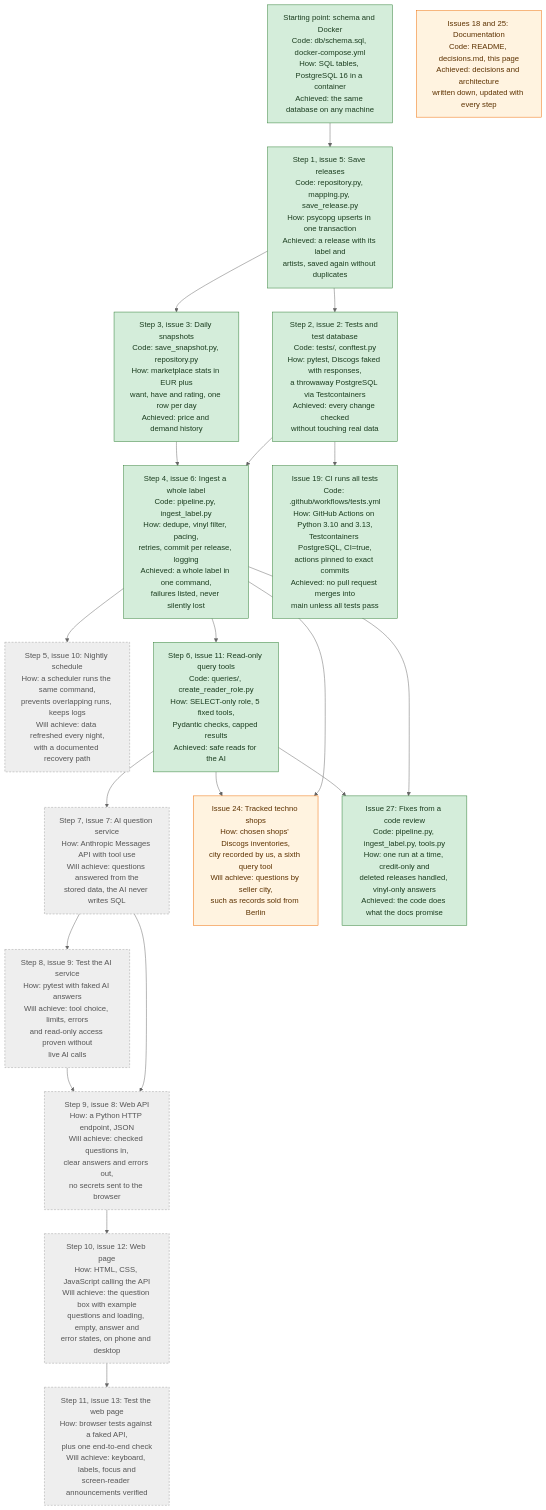
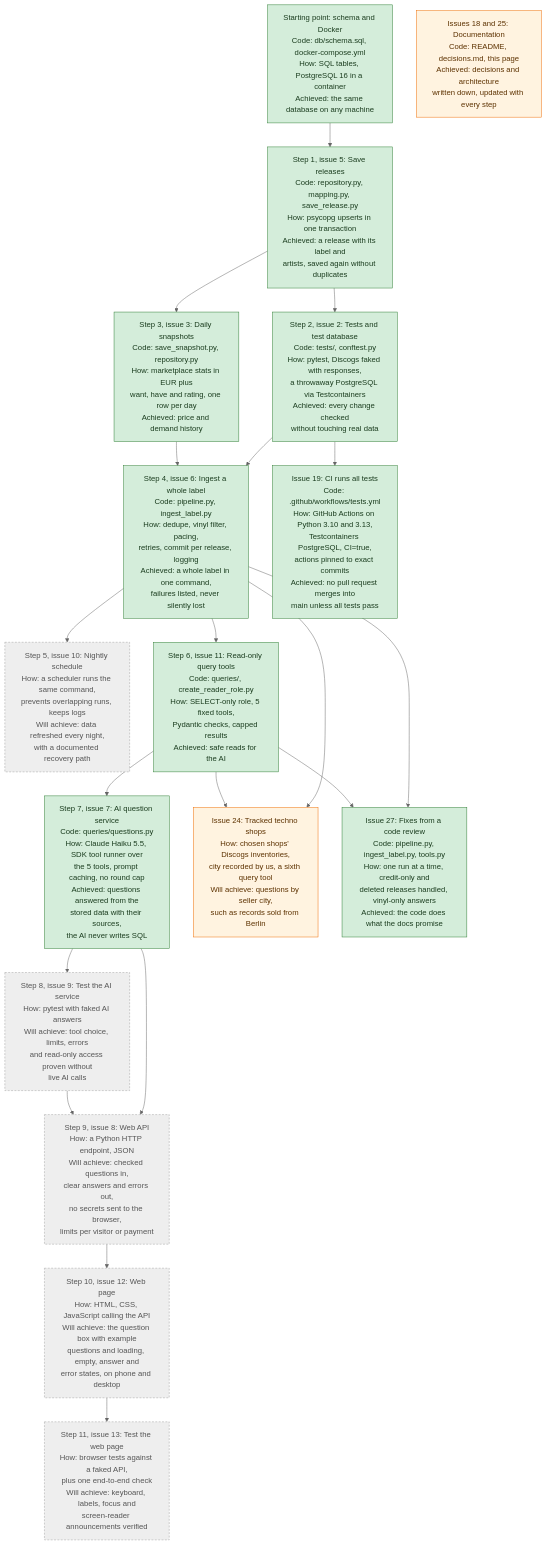
One commit to AntonisKol/music-catalogue-market-trends-wip changed the second of 4 diagrams in docs/architecture.md. Above: the diagram before and after it, drawn with Mermaid (neutral theme). The commit also changed other lines of this file and 2 other files, not shown here.

Commit message:
Document the question service in the README, decisions and architecture map

````diff
--- a/docs/architecture.md
+++ b/docs/architecture.md
@@ -91,45 +91,45 @@
 ```mermaid
 flowchart TD
     S0["Starting point: schema and Docker<br/>Code: db/schema.sql, docker-compose.yml<br/>How: SQL tables, PostgreSQL 16 in a container<br/>Achieved: the same database on any machine"]
     S1["Step 1, issue 5: Save releases<br/>Code: repository.py, mapping.py, save_release.py<br/>How: psycopg upserts in one transaction<br/>Achieved: a release with its label and<br/>artists, saved again without duplicates"]
     S2["Step 2, issue 2: Tests and test database<br/>Code: tests/, conftest.py<br/>How: pytest, Discogs faked with responses,<br/>a throwaway PostgreSQL via Testcontainers<br/>Achieved: every change checked<br/>without touching real data"]
     S3["Step 3, issue 3: Daily snapshots<br/>Code: save_snapshot.py, repository.py<br/>How: marketplace stats in EUR plus<br/>want, have and rating, one row per day<br/>Achieved: price and demand history"]
     S4["Step 4, issue 6: Ingest a whole label<br/>Code: pipeline.py, ingest_label.py<br/>How: dedupe, vinyl filter, pacing,<br/>retries, commit per release, logging<br/>Achieved: a whole label in one command,<br/>failures listed, never silently lost"]
     S5["Step 5, issue 10: Nightly schedule<br/>How: a scheduler runs the same command,<br/>prevents overlapping runs, keeps logs<br/>Will achieve: data refreshed every night,<br/>with a documented recovery path"]
     S6["Step 6, issue 11: Read-only query tools<br/>Code: queries/, create_reader_role.py<br/>How: SELECT-only role, 5 fixed tools,<br/>Pydantic checks, capped results<br/>Achieved: safe reads for the AI"]
-    S7["Step 7, issue 7: AI question service<br/>How: Anthropic Messages API with tool use<br/>Will achieve: questions answered from the<br/>stored data, the AI never writes SQL"]
+    S7["Step 7, issue 7: AI question service<br/>Code: queries/questions.py<br/>How: Claude Haiku 5.5, SDK tool runner over<br/>the 5 tools, prompt caching, no round cap<br/>Achieved: questions answered from the<br/>stored data with their sources,<br/>the AI never writes SQL"]
     S8["Step 8, issue 9: Test the AI service<br/>How: pytest with faked AI answers<br/>Will achieve: tool choice, limits, errors<br/>and read-only access proven without<br/>live AI calls"]
-    S9["Step 9, issue 8: Web API<br/>How: a Python HTTP endpoint, JSON<br/>Will achieve: checked questions in,<br/>clear answers and errors out,<br/>no secrets sent to the browser"]
+    S9["Step 9, issue 8: Web API<br/>How: a Python HTTP endpoint, JSON<br/>Will achieve: checked questions in,<br/>clear answers and errors out,<br/>no secrets sent to the browser,<br/>limits per visitor or payment"]
     S10["Step 10, issue 12: Web page<br/>How: HTML, CSS, JavaScript calling the API<br/>Will achieve: the question box with example<br/>questions and loading, empty, answer and<br/>error states, on phone and desktop"]
     S11["Step 11, issue 13: Test the web page<br/>How: browser tests against a faked API,<br/>plus one end-to-end check<br/>Will achieve: keyboard, labels, focus and<br/>screen-reader announcements verified"]
     F19["Issue 19: CI runs all tests<br/>Code: .github/workflows/tests.yml<br/>How: GitHub Actions on Python 3.10 and 3.13,<br/>Testcontainers PostgreSQL, CI=true,<br/>actions pinned to exact commits<br/>Achieved: no pull request merges into<br/>main unless all tests pass"]
     F24["Issue 24: Tracked techno shops<br/>How: chosen shops' Discogs inventories,<br/>city recorded by us, a sixth query tool<br/>Will achieve: questions by seller city,<br/>such as records sold from Berlin"]
     F27["Issue 27: Fixes from a code review<br/>Code: pipeline.py, ingest_label.py, tools.py<br/>How: one run at a time, credit-only and<br/>deleted releases handled, vinyl-only answers<br/>Achieved: the code does what the docs promise"]
     F18["Issues 18 and 25: Documentation<br/>Code: README, decisions.md, this page<br/>Achieved: decisions and architecture<br/>written down, updated with every step"]
 
     S0 --> S1
     S1 --> S2
     S1 --> S3
     S2 --> S4
     S3 --> S4
     S4 --> S5
     S4 --> S6
     S6 --> S7
     S7 --> S8
     S7 --> S9
     S8 --> S9
     S9 --> S10
     S10 --> S11
     S2 --> F19
     S4 --> F24
     S6 --> F24
     S4 --> F27
     S6 --> F27
 
     classDef built fill:#d4edda,stroke:#2e7d32,color:#1b3d1f
     classDef planned fill:#eeeeee,stroke:#9e9e9e,color:#555555,stroke-dasharray: 4 3
     classDef support fill:#fff3e0,stroke:#ef6c00,color:#5d3200
-    class S0,S1,S2,S3,S4,S6,F27,F19 built
-    class S5,S7,S8,S9,S10,S11 planned
+    class S0,S1,S2,S3,S4,S6,S7,F27,F19 built
+    class S5,S8,S9,S10,S11 planned
     class F24,F18 support
 ```
````
